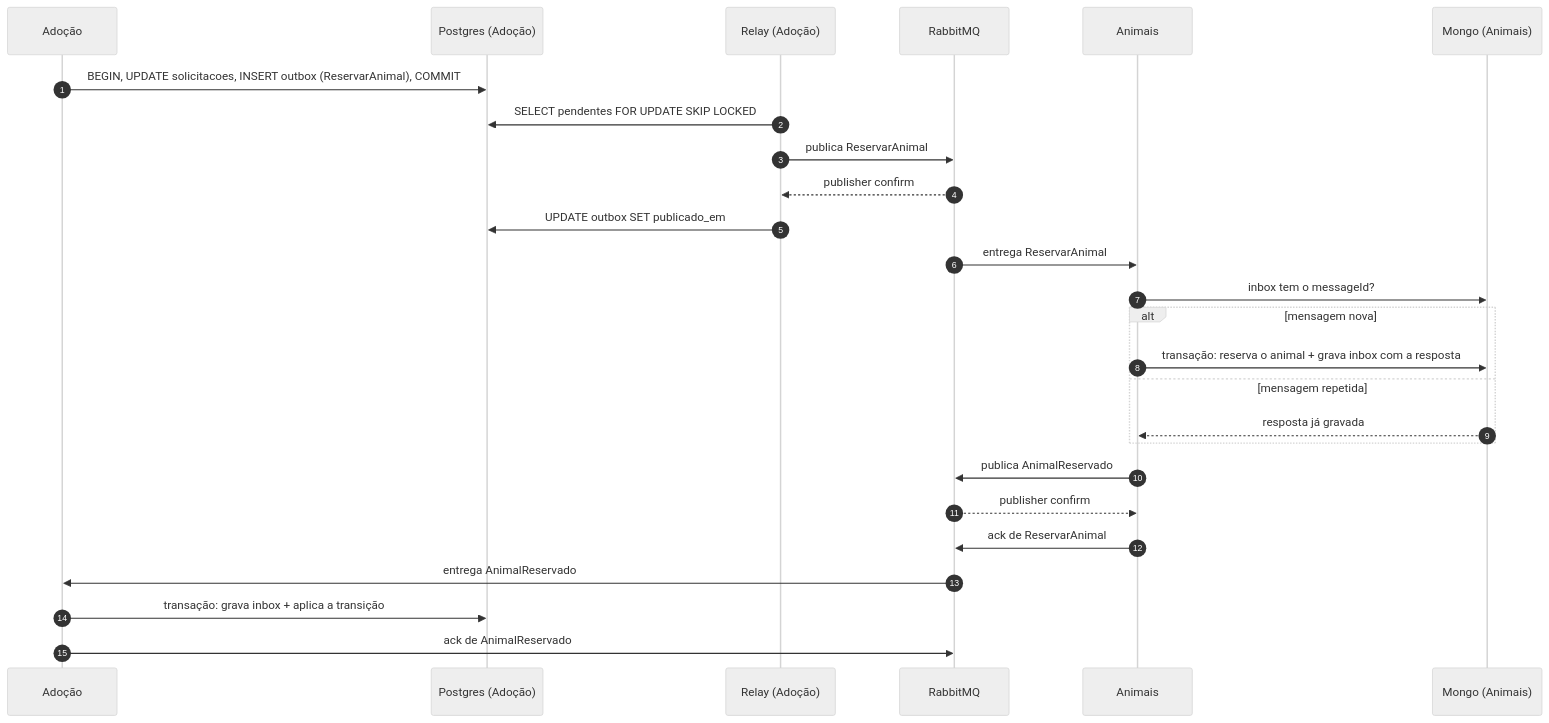
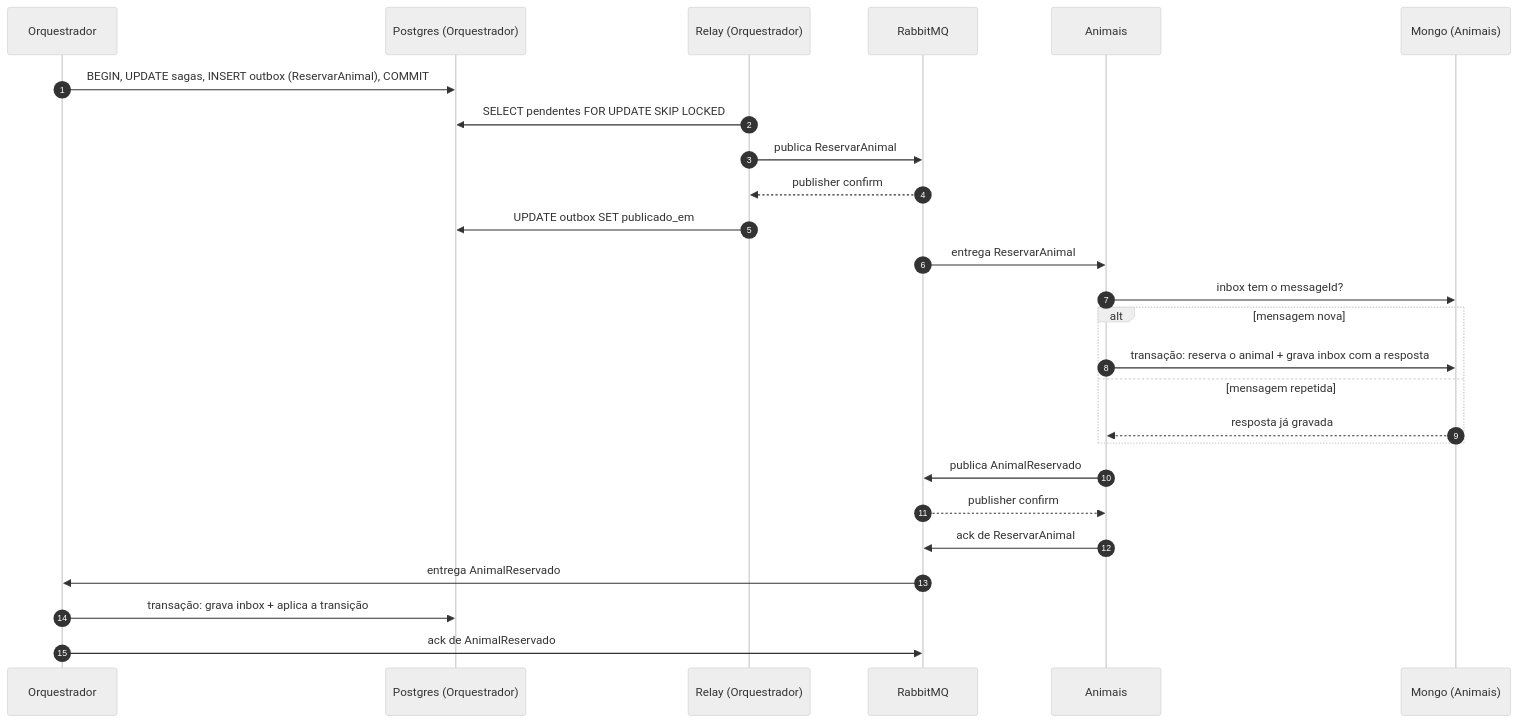
One commit to gxbreus/ampara changed the second of 2 diagrams in docs/dados.md. Above: the diagram before and after it, drawn with Mermaid (neutral theme). The commit also changed other lines of this file and 6 other files, not shown here.

````diff
--- a/docs/dados.md
+++ b/docs/dados.md
@@ -296,29 +309,29 @@
 ```mermaid
 sequenceDiagram
     autonumber
-    participant AD as Adoção
-    participant DBA as Postgres (Adoção)
-    participant RL as Relay (Adoção)
+    participant AD as Orquestrador
+    participant DBA as Postgres (Orquestrador)
+    participant RL as Relay (Orquestrador)
     participant MQ as RabbitMQ
     participant AN as Animais
     participant DBN as Mongo (Animais)
 
-    AD->>DBA: BEGIN, UPDATE solicitacoes, INSERT outbox (ReservarAnimal), COMMIT
+    AD->>DBA: BEGIN, UPDATE sagas, INSERT outbox (ReservarAnimal), COMMIT
     RL->>DBA: SELECT pendentes FOR UPDATE SKIP LOCKED
     RL->>MQ: publica ReservarAnimal
     MQ-->>RL: publisher confirm
     RL->>DBA: UPDATE outbox SET publicado_em
     MQ->>AN: entrega ReservarAnimal
     AN->>DBN: inbox tem o messageId?
     alt mensagem nova
         AN->>DBN: transação: reserva o animal + grava inbox com a resposta
     else mensagem repetida
         DBN-->>AN: resposta já gravada
     end
     AN->>MQ: publica AnimalReservado
     MQ-->>AN: publisher confirm
     AN->>MQ: ack de ReservarAnimal
     MQ->>AD: entrega AnimalReservado
     AD->>DBA: transação: grava inbox + aplica a transição
     AD->>MQ: ack de AnimalReservado
 ```
````
